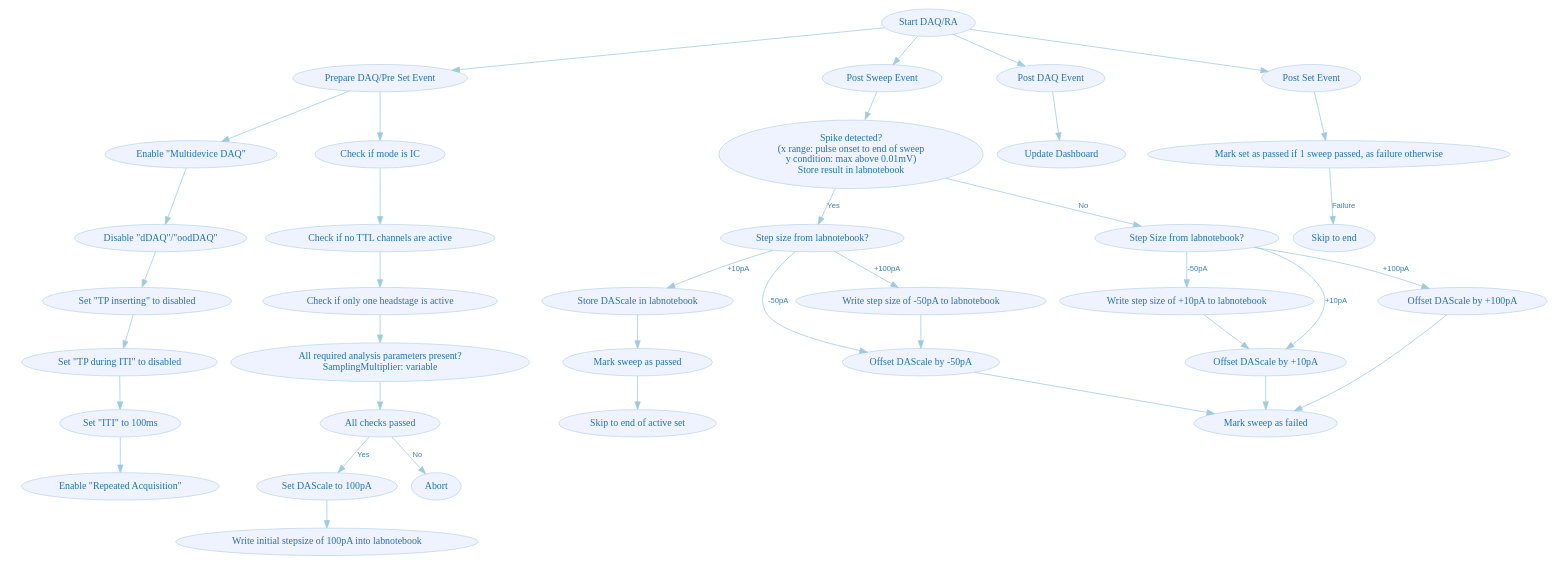
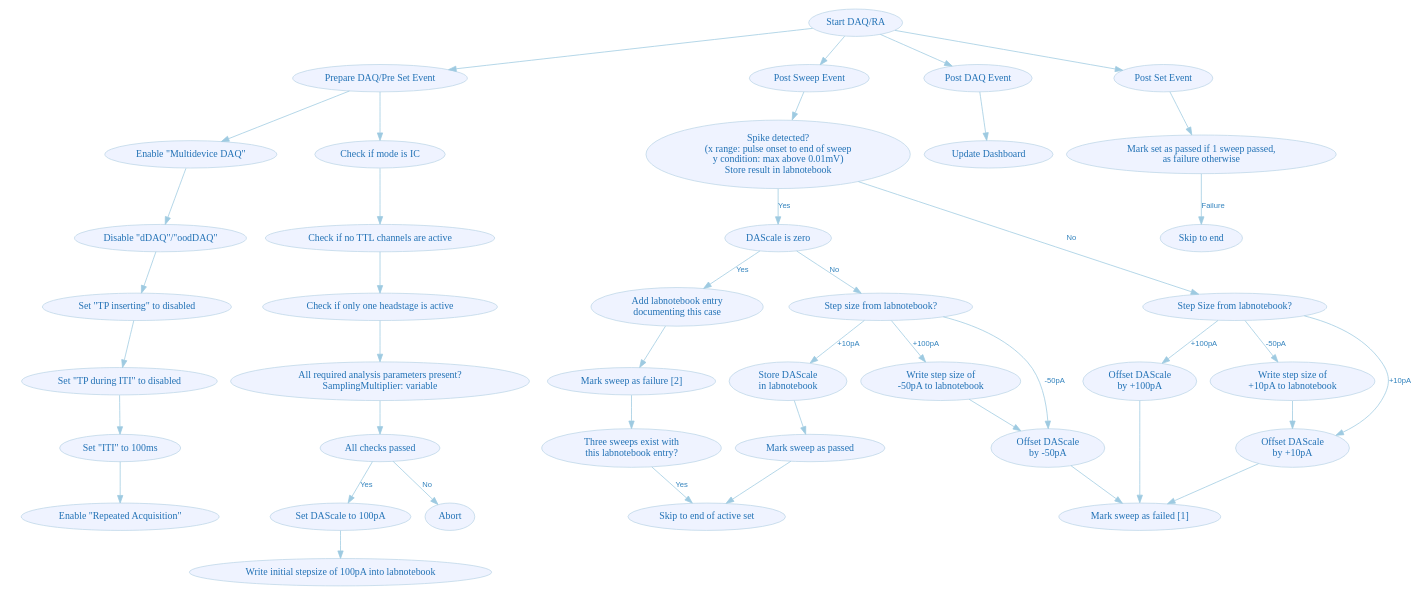
Before and after one commit to AllenInstitute/MIES: the diagram in Packages/doc/patch-seq-squarepulse.dot, drawn with Graphviz. The commit also changed 6 other files, not shown here.

First line of the commit message:
PSQ_SquarePulse: Catch spiking with DAScale of zero

```diff
--- a/Packages/doc/patch-seq-squarepulse.dot
+++ b/Packages/doc/patch-seq-squarepulse.dot
@@ -1,88 +1,94 @@
 digraph G {
     fontname="sans-serif";
+    compound="true";
     ratio="0,01";
     center="true";
-    compound="true";
     penwidth="0.1";
     edge [comment="Wildcard edge",
           fontname="sans-serif",
           fontsize=10,
           colorscheme="blues3",
           color=2,
           fontcolor=3];
     node [fontname="serif",
           fontsize=13,
           fillcolor="1",
           colorscheme="blues4",
           color="2",
           fontcolor="4",
           style="filled"];
     "Start DAQ/RA";
     "Start DAQ/RA" -> "Prepare DAQ/Pre Set Event";
     "Post Sweep Event";
     "Start DAQ/RA" -> "Post Sweep Event";
     "Post DAQ Event";
     "Start DAQ/RA" -> "Post DAQ Event";
     "Post DAQ Event" -> "Update Dashboard";
     subgraph cluster_preDAQ {
         color="invis";
         edge [comment="Wildcard node added automatic in EG."];
         node [comment="Wildcard node added automatic in EG."];
         "Enable \"Multidevice DAQ\"";
         "Disable \"dDAQ\"/\"oodDAQ\"";
         "Enable \"Repeated Acquisition\"";
         "Check if no TTL channels are active";
         "Set \"TP during ITI\" to disabled";
         "Prepare DAQ/Pre Set Event";
         "Check if only one headstage is active";
         "All checks passed";
         "All required analysis parameters present?\nSamplingMultiplier: variable";
         "Prepare DAQ/Pre Set Event" -> "Enable \"Multidevice DAQ\"";
         "Enable \"Multidevice DAQ\"" -> "Disable \"dDAQ\"/\"oodDAQ\"";
         "Disable \"dDAQ\"/\"oodDAQ\"" -> "Set \"TP inserting\" to disabled";
         "Set \"TP inserting\" to disabled" -> "Set \"TP during ITI\" to disabled";
         "Set \"TP during ITI\" to disabled" -> "Set \"ITI\" to 100ms";
         "Set \"ITI\" to 100ms" -> "Enable \"Repeated Acquisition\"";
         "Prepare DAQ/Pre Set Event" -> "Check if mode is IC";
         "Check if mode is IC" -> "Check if no TTL channels are active";
         "Check if no TTL channels are active" -> "Check if only one headstage is active";
         "Check if only one headstage is active" -> "All required analysis parameters present?\nSamplingMultiplier: variable";
         "All required analysis parameters present?\nSamplingMultiplier: variable" -> "All checks passed";
         "All checks passed" -> "Set DAScale to 100pA"  [label="Yes"];
         "Write initial stepsize of 100pA into labnotebook";
         "Set DAScale to 100pA" -> "Write initial stepsize of 100pA into labnotebook";
         "Abort";
         "All checks passed" -> "Abort"  [label="No"];
     }
 
     "Spike detected?\n(x range: pulse onset to end of sweep\ny condition: max above 0.01mV)\nStore result in labnotebook";
     "Post Sweep Event" -> "Spike detected?\n(x range: pulse onset to end of sweep\ny condition: max above 0.01mV)\nStore result in labnotebook";
-    "Spike detected?\n(x range: pulse onset to end of sweep\ny condition: max above 0.01mV)\nStore result in labnotebook" -> "Step size from labnotebook?"  [label="Yes"];
-    "Step size from labnotebook?" -> "Store DAScale in labnotebook"  [label="+10pA"];
+    "DAScale is zero";
+    "Spike detected?\n(x range: pulse onset to end of sweep\ny condition: max above 0.01mV)\nStore result in labnotebook" -> "DAScale is zero"  [label="Yes"];
+    "DAScale is zero" -> "Step size from labnotebook?"  [label="No"];
+    "DAScale is zero" -> "Add labnotebook entry\ndocumenting this case"  [label="Yes"];
+    "Add labnotebook entry\ndocumenting this case" -> "Mark sweep as failure [2]";
+    "Mark sweep as failure [2]" -> "Three sweeps exist with\nthis labnotebook entry?";
     "Skip to end of active set";
-    "Offset DAScale by -50pA";
-    "Step size from labnotebook?" -> "Offset DAScale by -50pA"  [label="-50pA"];
-    "Write step size of -50pA to labnotebook";
-    "Step size from labnotebook?" -> "Write step size of -50pA to labnotebook"  [label="+100pA"];
-    "Write step size of -50pA to labnotebook" -> "Offset DAScale by -50pA";
+    "Three sweeps exist with\nthis labnotebook entry?" -> "Skip to end of active set"  [label="Yes"];
+    "Step size from labnotebook?" -> "Store DAScale\nin labnotebook"  [label="+10pA"];
+    "Offset DAScale\nby -50pA";
+    "Step size from labnotebook?" -> "Offset DAScale\nby -50pA"  [label="-50pA"];
+    "Write step size of\n-50pA to labnotebook";
+    "Step size from labnotebook?" -> "Write step size of\n-50pA to labnotebook"  [label="+100pA"];
+    "Write step size of\n-50pA to labnotebook" -> "Offset DAScale\nby -50pA";
     "Step size from labnotebook?";
     "Step Size from labnotebook?";
     "Spike detected?\n(x range: pulse onset to end of sweep\ny condition: max above 0.01mV)\nStore result in labnotebook" -> "Step Size from labnotebook?"  [label="No"];
-    "Write step size of +10pA to labnotebook";
-    "Offset DAScale by +10pA";
-    "Offset DAScale by +100pA";
-    "Step Size from labnotebook?" -> "Offset DAScale by +10pA"  [label="+10pA"];
-    "Step Size from labnotebook?" -> "Write step size of +10pA to labnotebook"  [label="-50pA"];
-    "Step Size from labnotebook?" -> "Offset DAScale by +100pA"  [label="+100pA"];
-    "Write step size of +10pA to labnotebook" -> "Offset DAScale by +10pA";
+    "Write step size of\n+10pA to labnotebook";
+    "Offset DAScale\nby +10pA";
+    "Offset DAScale\nby +100pA";
+    "Step Size from labnotebook?" -> "Offset DAScale\nby +10pA"  [label="+10pA"];
+    "Step Size from labnotebook?" -> "Write step size of\n+10pA to labnotebook"  [label="-50pA"];
+    "Step Size from labnotebook?" -> "Offset DAScale\nby +100pA"  [label="+100pA"];
+    "Write step size of\n+10pA to labnotebook" -> "Offset DAScale\nby +10pA";
     "Mark sweep as passed";
     "Mark sweep as passed" -> "Skip to end of active set";
-    "Store DAScale in labnotebook" -> "Mark sweep as passed";
-    "Mark sweep as failed";
-    "Offset DAScale by -50pA" -> "Mark sweep as failed";
-    "Offset DAScale by +10pA" -> "Mark sweep as failed";
-    "Offset DAScale by +100pA" -> "Mark sweep as failed";
+    "Store DAScale\nin labnotebook" -> "Mark sweep as passed";
+    "Mark sweep as failed [1]";
+    "Offset DAScale\nby -50pA" -> "Mark sweep as failed [1]";
+    "Offset DAScale\nby +10pA" -> "Mark sweep as failed [1]";
+    "Offset DAScale\nby +100pA" -> "Mark sweep as failed [1]";
     "Start DAQ/RA" -> "Post Set Event";
-    "Post Set Event" -> "Mark set as passed if 1 sweep passed, as failure otherwise";
-    "Mark set as passed if 1 sweep passed, as failure otherwise" -> "Skip to end"  [label="Failure"];
+    "Post Set Event" -> "Mark set as passed if 1 sweep passed,\nas failure otherwise";
+    "Mark set as passed if 1 sweep passed,\nas failure otherwise" -> "Skip to end"  [label="Failure"];
 }
```
